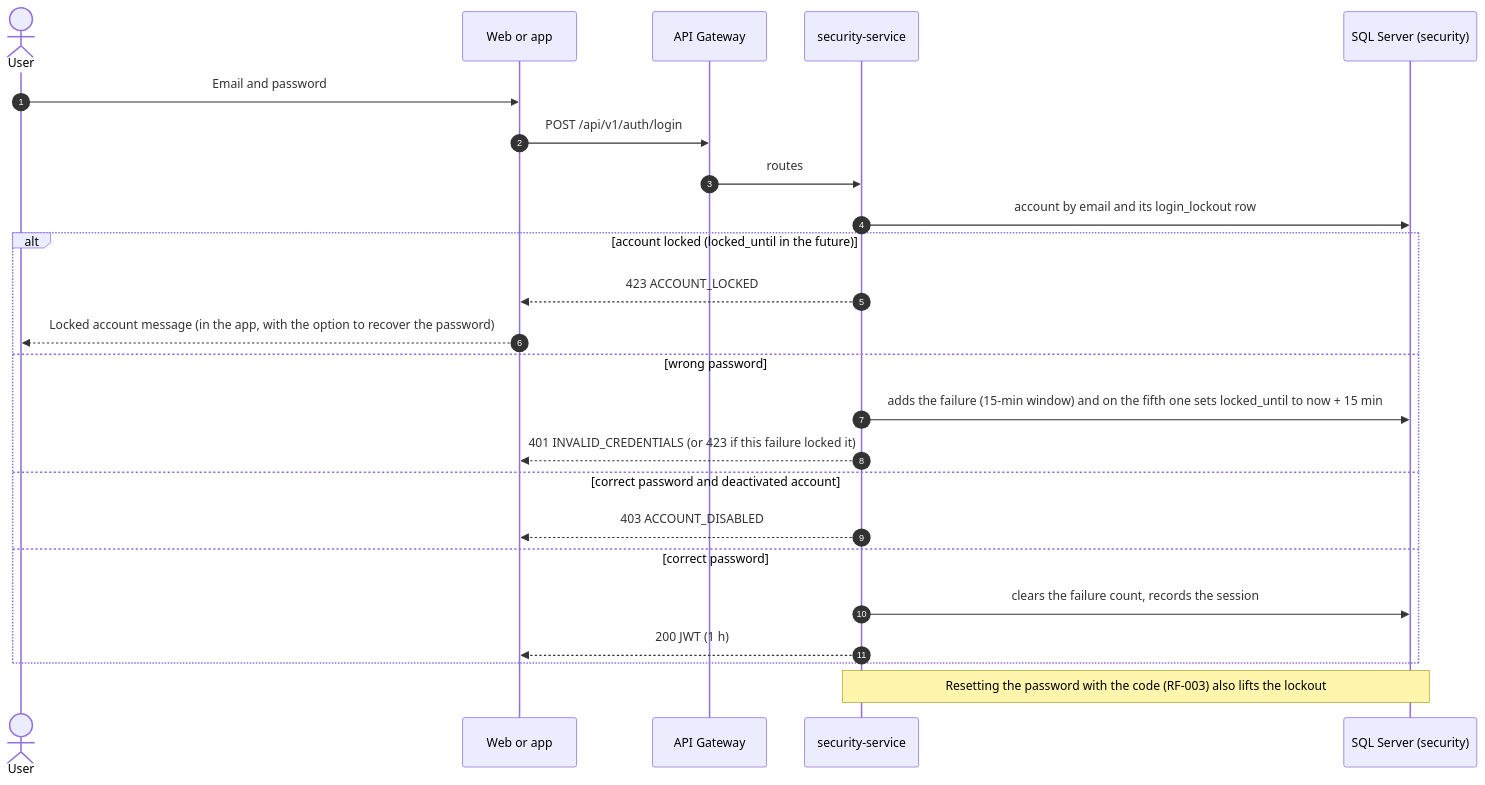
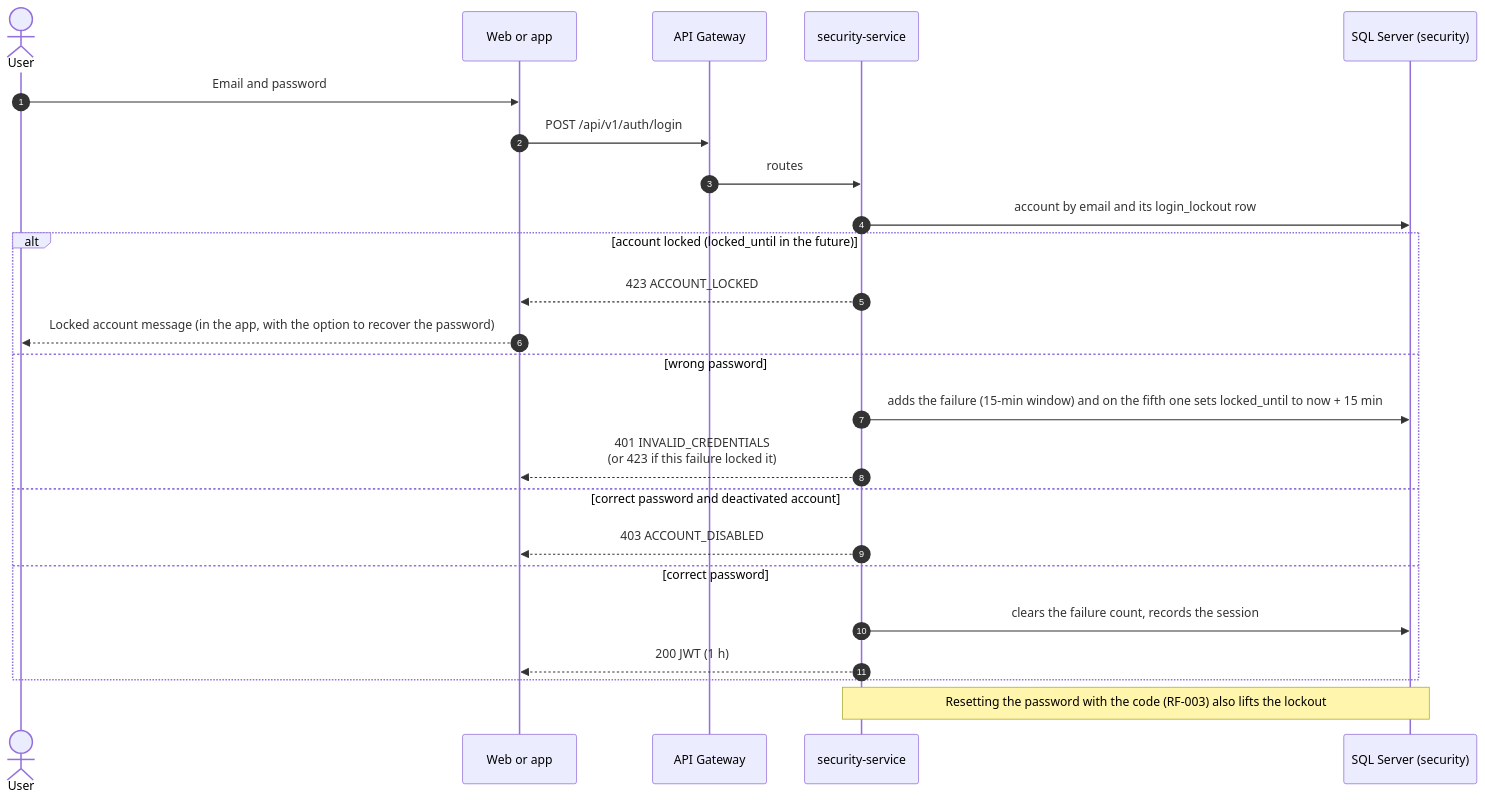
Diagram 12 of 26 in 02_DOCUMENTACION_DE_ANALISIS_DEL_SOFTWARE/EN/MD/software-analysis-documentation.md (BrayanCABRERA123/lavarapido-docs), drawn with Mermaid before and after one commit. The commit also changed other lines of this file and 5 other files, not shown here.

Commit message:
docs(analysis): clean the activity, sequence and state diagrams after a second visual review

````diff
--- a/02_DOCUMENTACION_DE_ANALISIS_DEL_SOFTWARE/EN/MD/software-analysis-documentation.md
+++ b/02_DOCUMENTACION_DE_ANALISIS_DEL_SOFTWARE/EN/MD/software-analysis-documentation.md
@@ -512,27 +512,27 @@
 ```mermaid
 sequenceDiagram
     autonumber
     actor U as User
     participant W as Web or app
     participant GW as API Gateway
     participant S as security-service
     participant DB as SQL Server (security)
 
     U->>W: Email and password
     W->>GW: POST /api/v1/auth/login
     GW->>S: routes
     S->>DB: account by email and its login_lockout row
     alt account locked (locked_until in the future)
         S-->>W: 423 ACCOUNT_LOCKED
         W-->>U: Locked account message (in the app, with the option to recover the password)
     else wrong password
         S->>DB: adds the failure (15-min window) and on the fifth one sets locked_until to now + 15 min
-        S-->>W: 401 INVALID_CREDENTIALS (or 423 if this failure locked it)
+        S-->>W: 401 INVALID_CREDENTIALS<br/>(or 423 if this failure locked it)
     else correct password and deactivated account
         S-->>W: 403 ACCOUNT_DISABLED
     else correct password
         S->>DB: clears the failure count, records the session
         S-->>W: 200 JWT (1 h)
     end
     Note over S,DB: Resetting the password with the code (RF-003) also lifts the lockout
 ```
````
